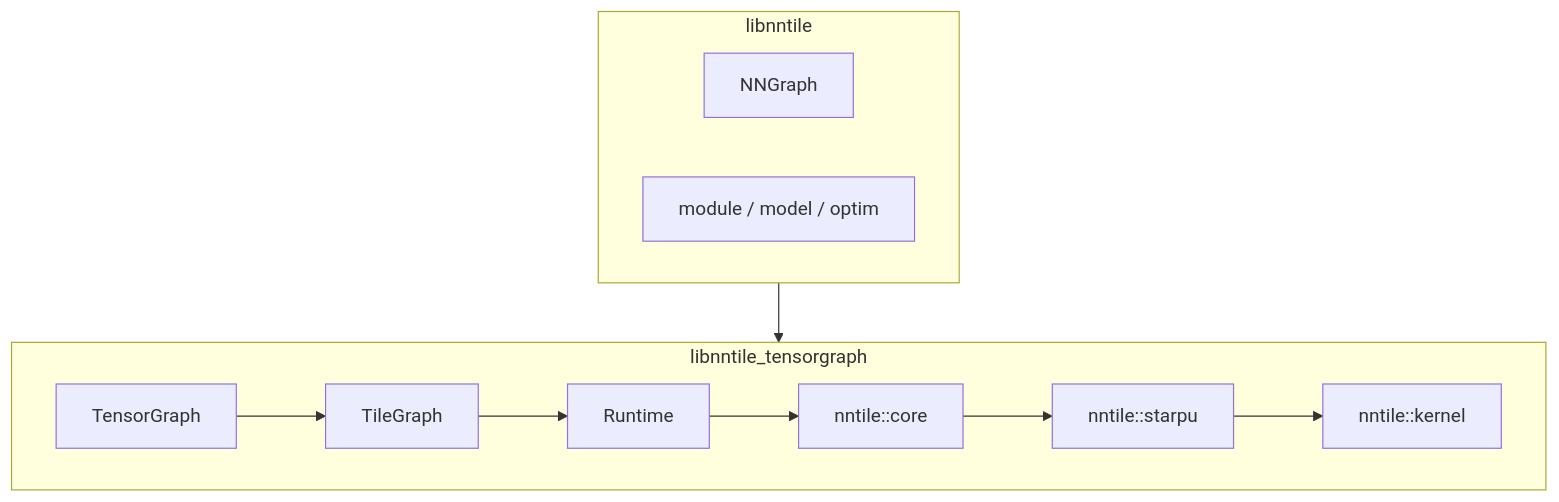
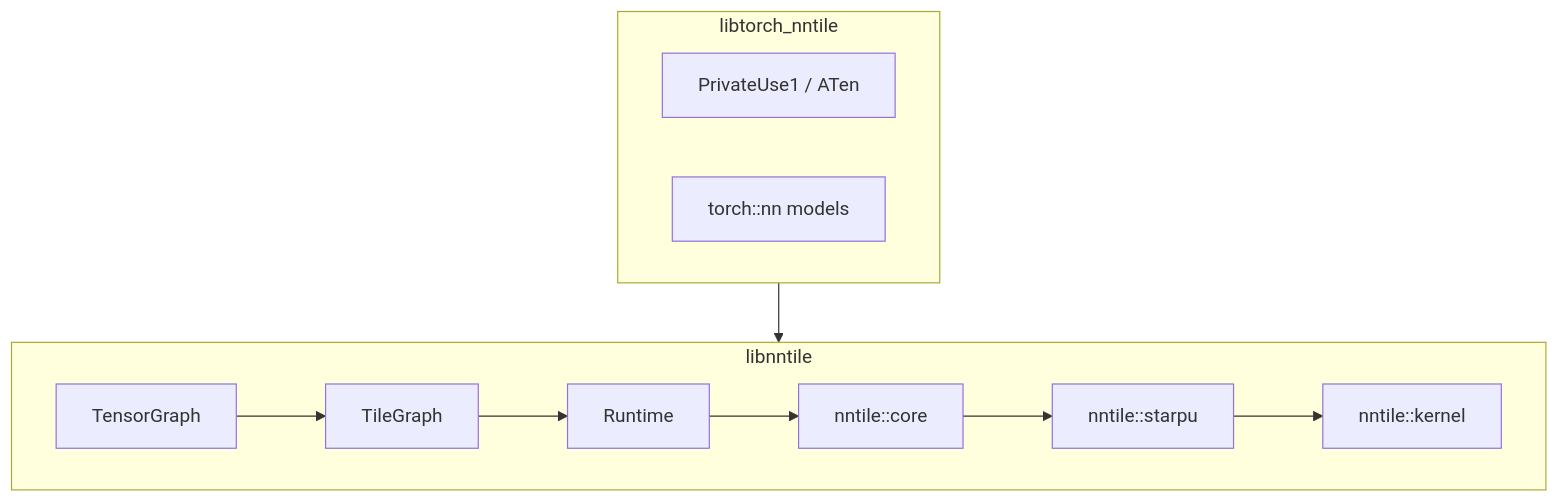
Before and after one commit to nntile/nntile: the diagram in docs/cpp/README.md, drawn with Mermaid. The commit also changed other lines of this file and 468 other files, not shown here.

First line of the commit message:
Phase 4: remove NNGraph stack; rename libnntile_tensorgraph to libnntile

````diff
--- a/docs/cpp/README.md
+++ b/docs/cpp/README.md
@@ -17,17 +12,17 @@
 ```mermaid
 flowchart TB
-  subgraph high [libnntile]
-    NN[NNGraph]
-    Mod[module / model / optim]
+  subgraph torch [libtorch_nntile]
+    Aten[PrivateUse1 / ATen]
+    Models[torch::nn models]
   end
-  subgraph tg [libnntile_tensorgraph]
+  subgraph tg [libnntile]
     TG[TensorGraph]
     TileG[TileGraph]
     RT[Runtime]
     Core[nntile::core]
     StarPU[nntile::starpu]
     Kernel[nntile::kernel]
   end
-  high --> tg
+  torch --> tg
   TG --> TileG --> RT --> Core --> StarPU --> Kernel
 ```
````
